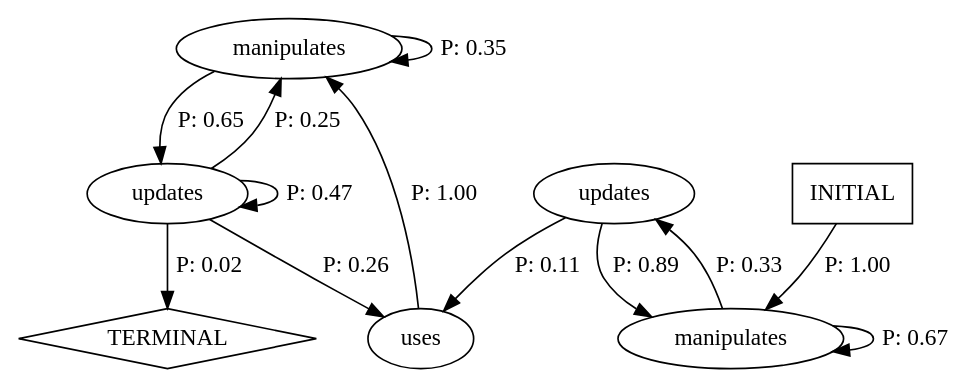
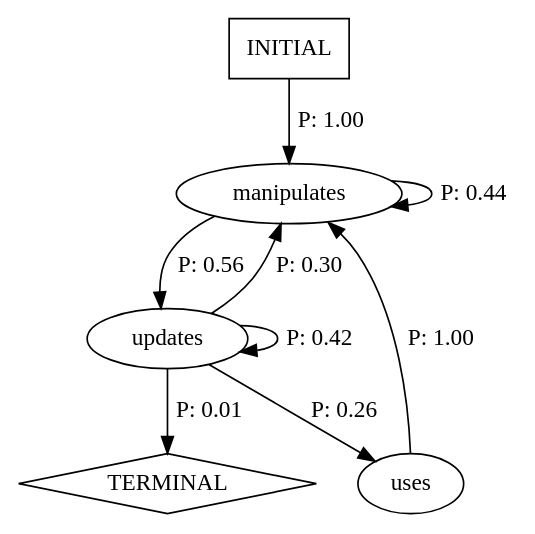
One commit to SatvikaReddy/cs520_v1 changed the diagram in tictactoe-v01/rowGameApp-arch.dot. Above: the diagram before and after it, drawn with Graphviz. The commit also changed 7 other files, not shown here.

```diff
--- a/tictactoe-v01/rowGameApp-arch.dot
+++ b/tictactoe-v01/rowGameApp-arch.dot
@@ -1,21 +1,15 @@
 digraph G {
   0 [label="manipulates"];
-  1 [label="manipulates"];
-  2 [label="updates"];
-  3 [label="updates"];
-  4 [label="uses"];
-  5 [label="TERMINAL",shape=diamond];
-  6 [label="INITIAL",shape=box];
-0->0 [label="P: 0.35"];
-0->3 [label="P: 0.65"];
-1->1 [label="P: 0.67"];
-1->2 [label="P: 0.33"];
-2->1 [label="P: 0.89"];
-2->4 [label="P: 0.11"];
-3->0 [label="P: 0.25"];
-3->3 [label="P: 0.47"];
-3->4 [label="P: 0.26"];
-3->5 [label="P: 0.02"];
+  1 [label="updates"];
+  2 [label="uses"];
+  3 [label="TERMINAL",shape=diamond];
+  4 [label="INITIAL",shape=box];
+0->0 [label="P: 0.44"];
+0->1 [label="P: 0.56"];
+1->0 [label="P: 0.30"];
+1->1 [label="P: 0.42"];
+1->2 [label="P: 0.26"];
+1->3 [label="P: 0.01"];
+2->0 [label="P: 1.00"];
 4->0 [label="P: 1.00"];
-6->1 [label="P: 1.00"];
 }
```
